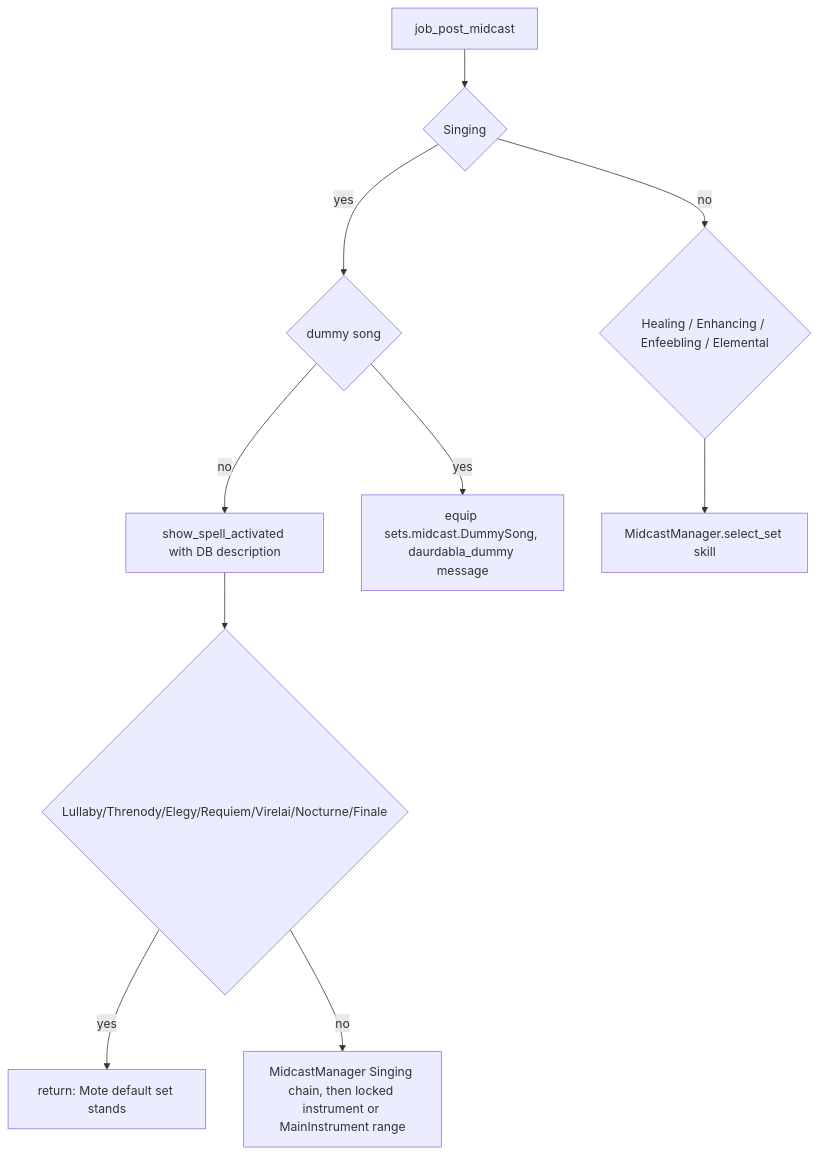
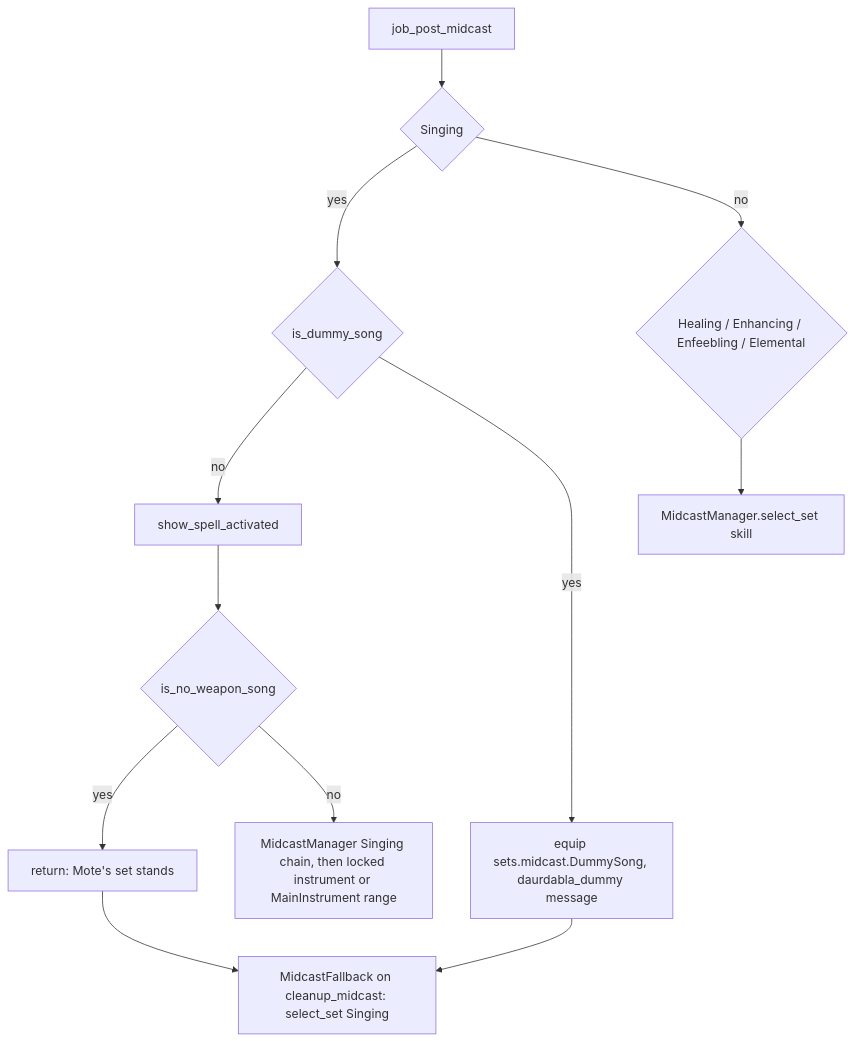
The third of 3 diagrams in docs/dev/jobs/brd.md (ejouanchicot/Gearswap), drawn with Mermaid before and after one commit. The commit also changed other lines of this file and 31 other files, not shown here.

````diff
--- a/docs/dev/jobs/brd.md
+++ b/docs/dev/jobs/brd.md
@@ -337,12 +279,14 @@
 ```mermaid
 flowchart TD
     A[job_post_midcast] --> S{Singing}
-    S -- yes --> D{dummy song}
-    D -- no --> M1[show_spell_activated with DB description]
+    S -- yes --> D{is_dummy_song}
+    D -- no --> M1[show_spell_activated]
     D -- yes --> DS[equip sets.midcast.DummySong, daurdabla_dummy message]
-    M1 --> N{Lullaby/Threnody/Elegy/Requiem/Virelai/Nocturne/Finale}
-    N -- yes --> X[return: Mote default set stands]
+    M1 --> N{is_no_weapon_song}
+    N -- yes --> X[return: Mote's set stands]
     N -- no --> MM[MidcastManager Singing chain, then locked instrument or MainInstrument range]
     S -- no --> H{Healing / Enhancing / Enfeebling / Elemental}
     H --> SS[MidcastManager.select_set skill]
+    DS --> FB
+    X --> FB[MidcastFallback on cleanup_midcast: select_set Singing]
 ```
````
